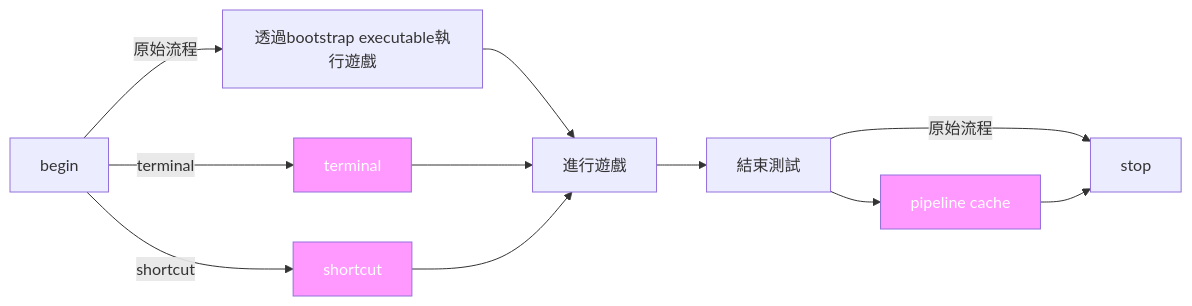
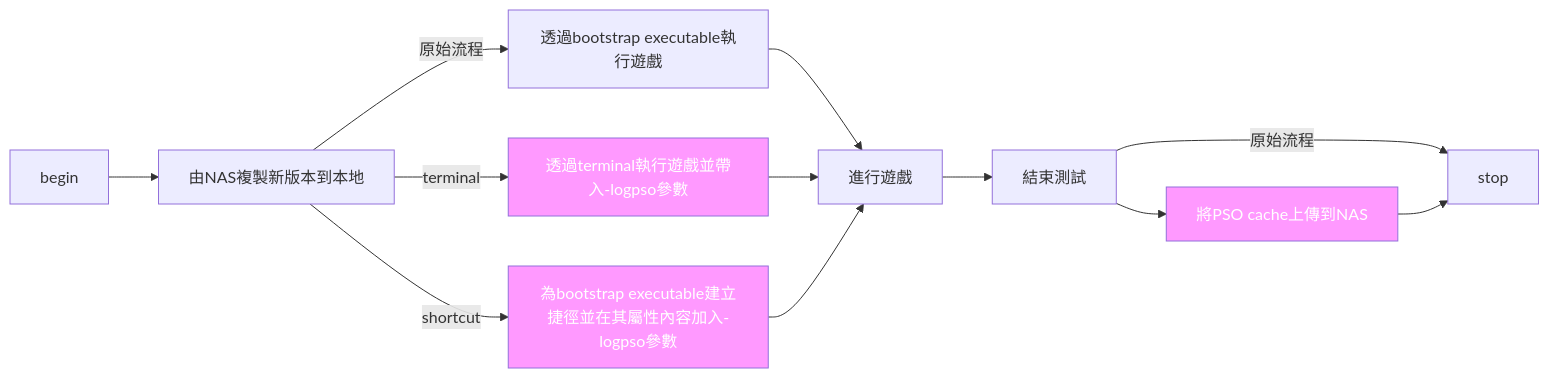
Before and after one commit to wingedrobin/wingedrobin.github.io: the diagram in content/posts/2026/03/pso-caching-trick.md, drawn with Mermaid. The commit also changed other lines of this file, not shown here.

```diff
--- a/content/posts/2026/03/pso-caching-trick.md
+++ b/content/posts/2026/03/pso-caching-trick.md
@@ -57,16 +52,17 @@
 {{< mermaid >}}
 flowchart LR
-    begin --> |原始流程| A[透過bootstrap executable執行遊戲]
-    begin --> |terminal| B[terminal]
-    begin --> |shortcut| C[shortcut]
-    A --> D[進行遊戲]
-    B --> D
-    C --> D
-    D --> E[結束測試]
-    E --> |原始流程| stop
-    E --> F[pipeline cache]
-    F --> stop
-    style B fill:#f9f,color:#fff
+    begin --> A[由NAS複製新版本到本地]
+    A --> |原始流程| B[透過bootstrap executable執行遊戲]
+    A --> |terminal| C[透過terminal執行遊戲並帶入-logpso參數]
+    A --> |shortcut| D[為bootstrap executable建立捷徑並在其屬性內容加入-logpso參數]
+    B --> E[進行遊戲]
+    C --> E
+    D --> E
+    E --> F[結束測試]
+    F --> |原始流程| stop
+    F --> G[將PSO cache上傳到NAS]
+    G --> stop
     style C fill:#f9f,color:#fff
-    style F fill:#f9f,color:#fff
+    style D fill:#f9f,color:#fff
+    style G fill:#f9f,color:#fff
 {{< /mermaid >}}
```
